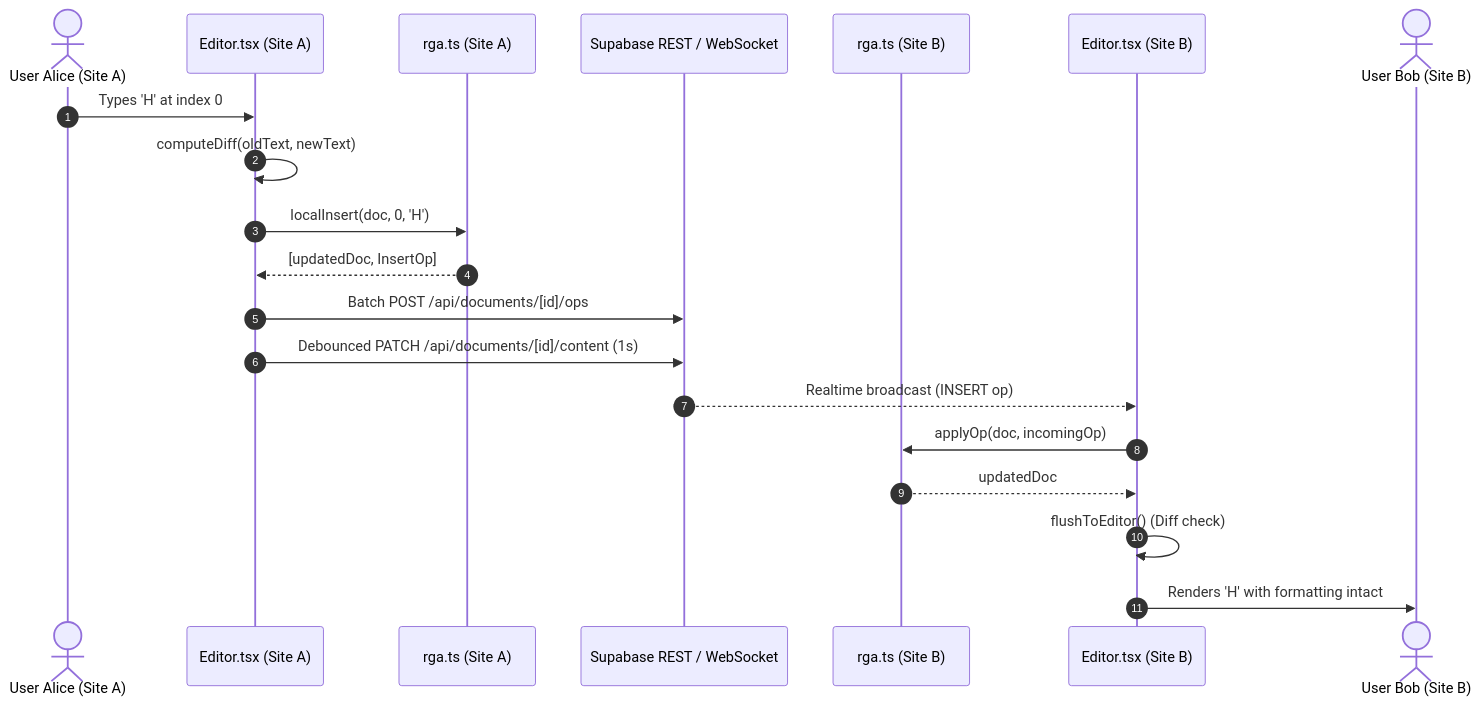
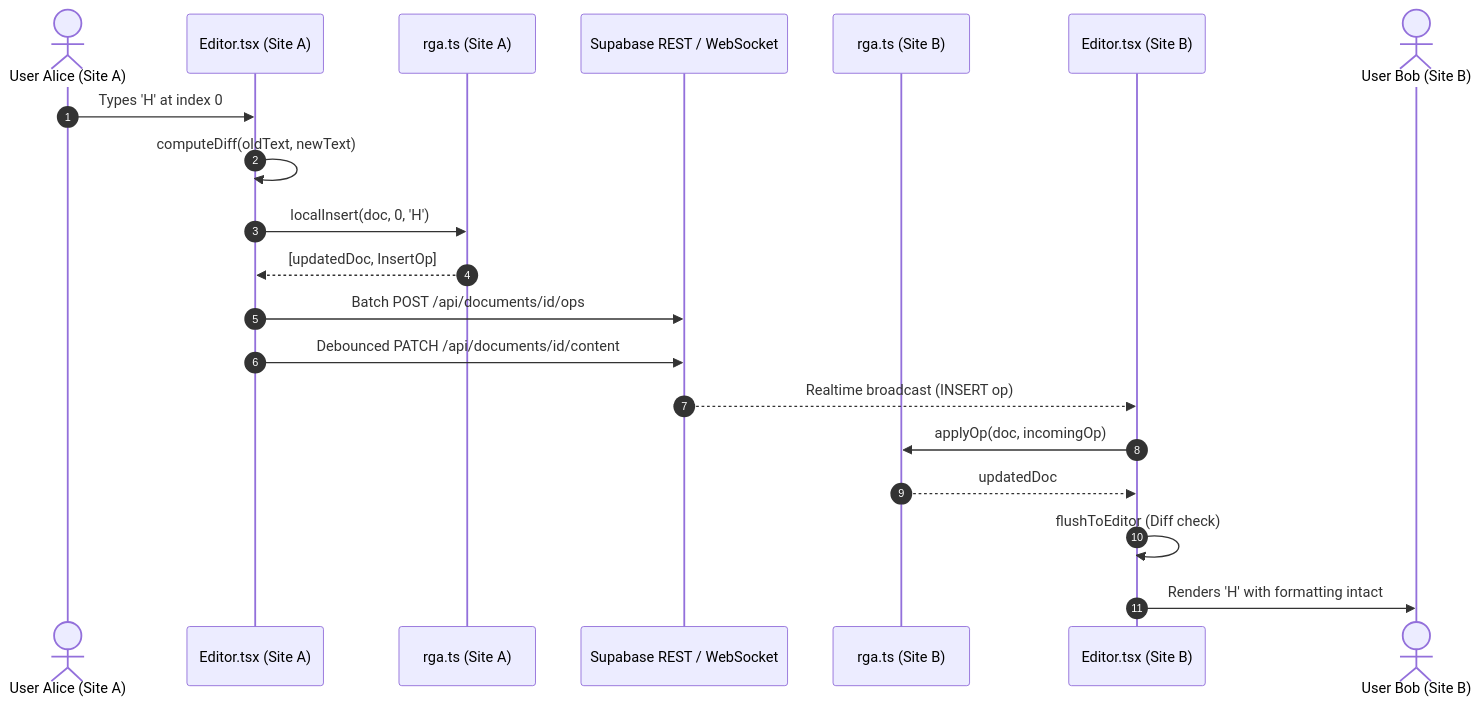
Before and after one commit to akkuraina/mergo: the third of 6 diagrams in README.md, drawn with Mermaid. The commit also changed other lines of this file, not shown here.

````diff
--- a/README.md
+++ b/README.md
@@ -295,24 +295,24 @@
 ```mermaid
 sequenceDiagram
     autonumber
     actor Alice as User Alice (Site A)
     participant EditorA as Editor.tsx (Site A)
     participant RGAA as rga.ts (Site A)
     participant API as Supabase REST / WebSocket
     participant RGAB as rga.ts (Site B)
     participant EditorB as Editor.tsx (Site B)
     actor Bob as User Bob (Site B)
 
     Alice->>EditorA: Types 'H' at index 0
     EditorA->>EditorA: computeDiff(oldText, newText)
     EditorA->>RGAA: localInsert(doc, 0, 'H')
     RGAA-->>EditorA: [updatedDoc, InsertOp]
-    EditorA->>API: Batch POST /api/documents/[id]/ops
-    EditorA->>API: Debounced PATCH /api/documents/[id]/content (1s)
+    EditorA->>API: Batch POST /api/documents/id/ops
+    EditorA->>API: Debounced PATCH /api/documents/id/content
     
     API-->>EditorB: Realtime broadcast (INSERT op)
     EditorB->>RGAB: applyOp(doc, incomingOp)
     RGAB-->>EditorB: updatedDoc
-    EditorB->>EditorB: flushToEditor() (Diff check)
+    EditorB->>EditorB: flushToEditor (Diff check)
     EditorB->>Bob: Renders 'H' with formatting intact
 ```
````
